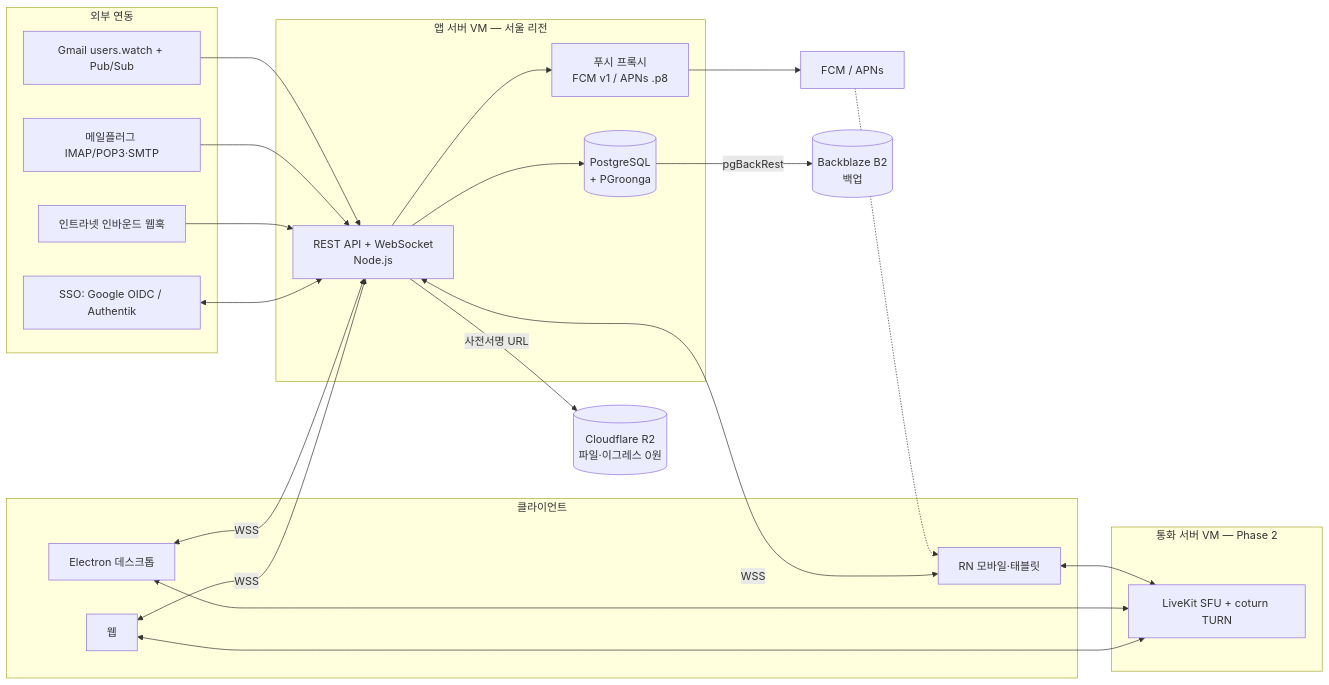
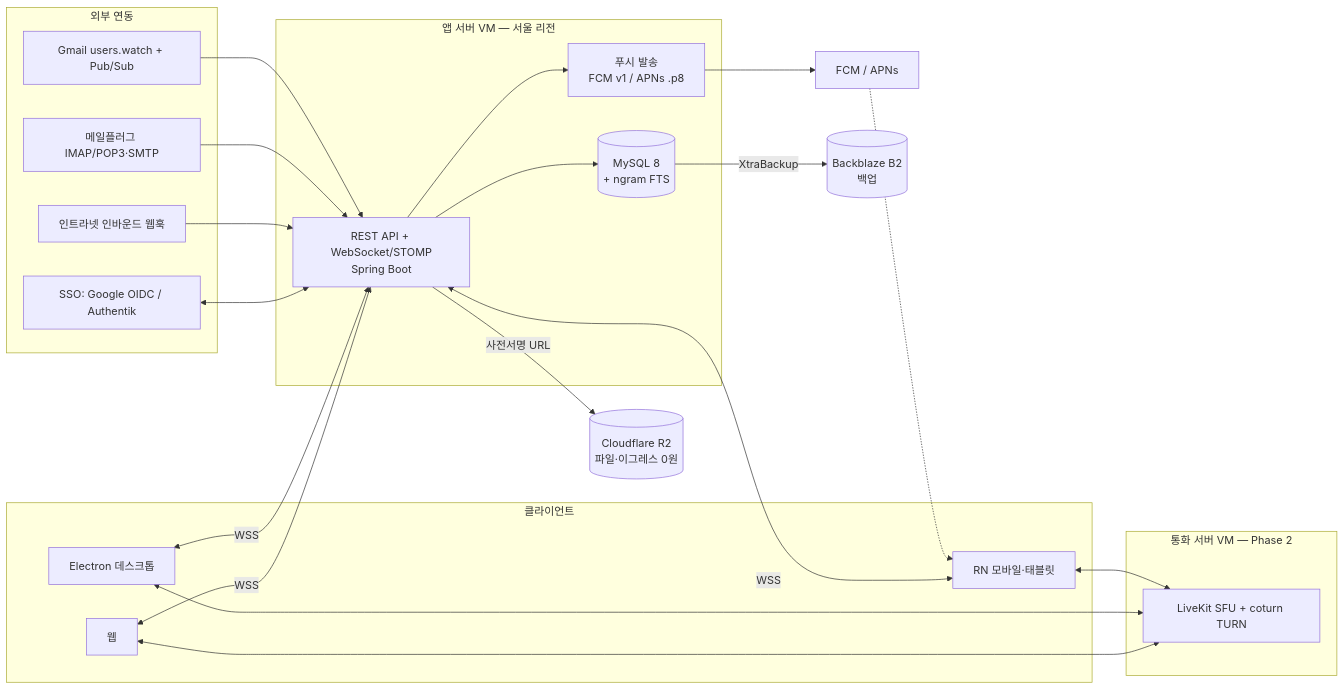
The diagram in docs/messenger/README.md (JunYoungKr/grader), drawn with Mermaid before and after one commit. The commit also changed other lines of this file, not shown here.

First line of the commit message:
docs: 기획서 v0.4 — 백엔드를 주력 스택(Spring Boot + MySQL)으로 확정

````diff
--- a/docs/messenger/README.md
+++ b/docs/messenger/README.md
@@ -200,38 +200,38 @@
 ```mermaid
 flowchart LR
   subgraph clients[클라이언트]
     D[Electron 데스크톱]
     M[RN 모바일·태블릿]
     W[웹]
   end
 
   subgraph vm1[앱 서버 VM — 서울 리전]
-    API[REST API + WebSocket<br/>Node.js]
-    PG[(PostgreSQL<br/>+ PGroonga)]
-    PUSH[푸시 프록시<br/>FCM v1 / APNs .p8]
+    API[REST API + WebSocket/STOMP<br/>Spring Boot]
+    PG[(MySQL 8<br/>+ ngram FTS)]
+    PUSH[푸시 발송<br/>FCM v1 / APNs .p8]
   end
 
   subgraph vm2[통화 서버 VM — Phase 2]
     LK[LiveKit SFU + coturn TURN]
   end
 
   R2[(Cloudflare R2<br/>파일·이그레스 0원)]
   B2[(Backblaze B2<br/>백업)]
 
   D & M & W <-->|WSS| API
   API --> PG
   API -->|사전서명 URL| R2
-  PG -->|pgBackRest| B2
+  PG -->|XtraBackup| B2
   API --> PUSH --> FCMAPNS[FCM / APNs]
   FCMAPNS -.-> M
   M & D & W <--> LK
 
   subgraph ext[외부 연동]
     GW[Gmail users.watch + Pub/Sub]
     MP[메일플러그 IMAP/POP3·SMTP]
     IN[인트라넷 인바운드 웹훅]
     IDP[SSO: Google OIDC / Authentik]
   end
   GW & MP & IN --> API
   IDP <--> API
 ```
````
